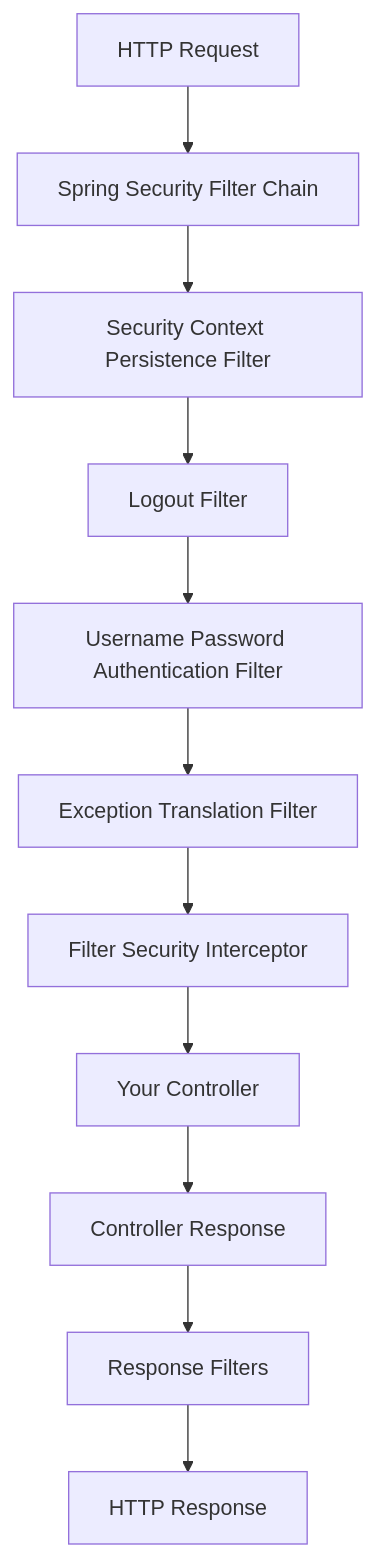
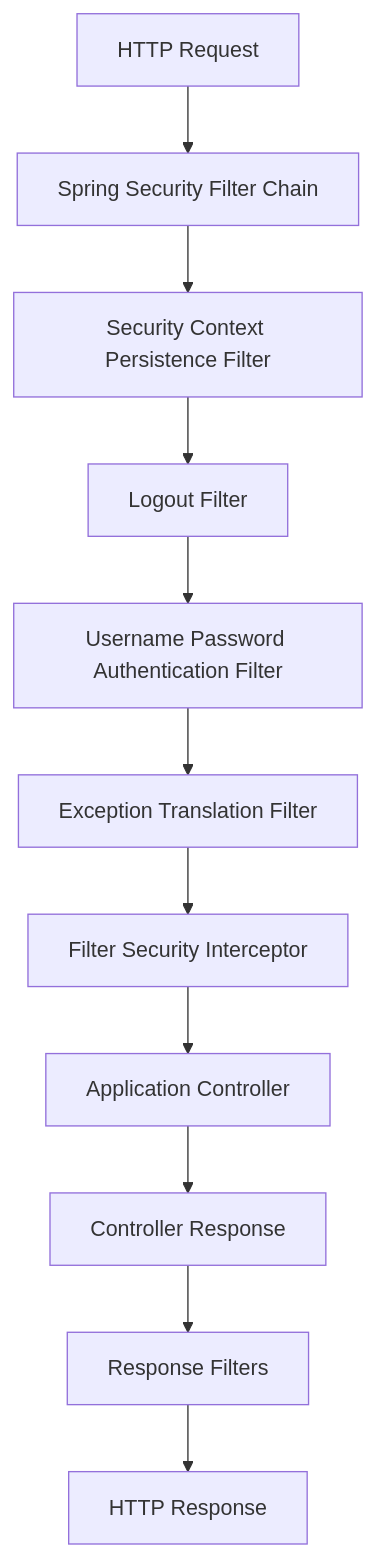
Before and after one commit to EliGuriel/Course_Meeting5: the first of 12 diagrams in Spring Security Filter Chain - מדריך מפורט.md, drawn with Mermaid. The commit also changed other lines of this file and 2 other files, not shown here.

````diff
--- a/Spring Security Filter Chain - מדריך מפורט.md
+++ b/Spring Security Filter Chain - מדריך מפורט.md
@@ -15,18 +15,18 @@
 ```mermaid
 graph TD
     A[HTTP Request] --> B[Spring Security Filter Chain]
     B --> C[Security Context Persistence Filter]
     C --> D[Logout Filter]
     D --> E[Username Password Authentication Filter]
     E --> F[Exception Translation Filter]
     F --> G[Filter Security Interceptor]
-    G --> H[Your Controller]
+    G --> H[Application Controller]
     
     H --> I[Controller Response]
     I --> J[Response Filters]
     J --> K[HTTP Response]
     
 %%    style B fill:#ffebcd
 %%    style G fill:#ffcccc
 %%    style H fill:#ccffcc
 ```
````
